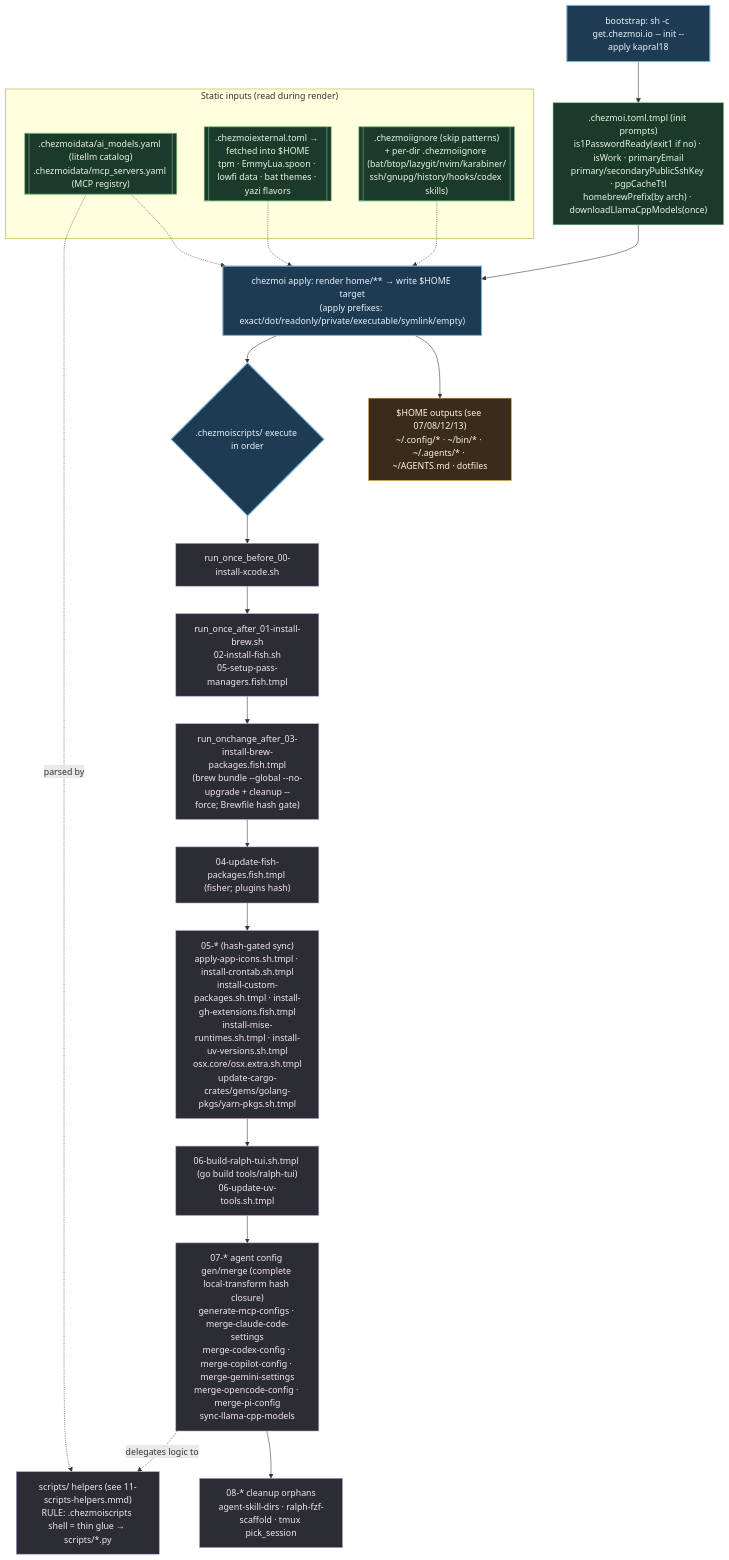
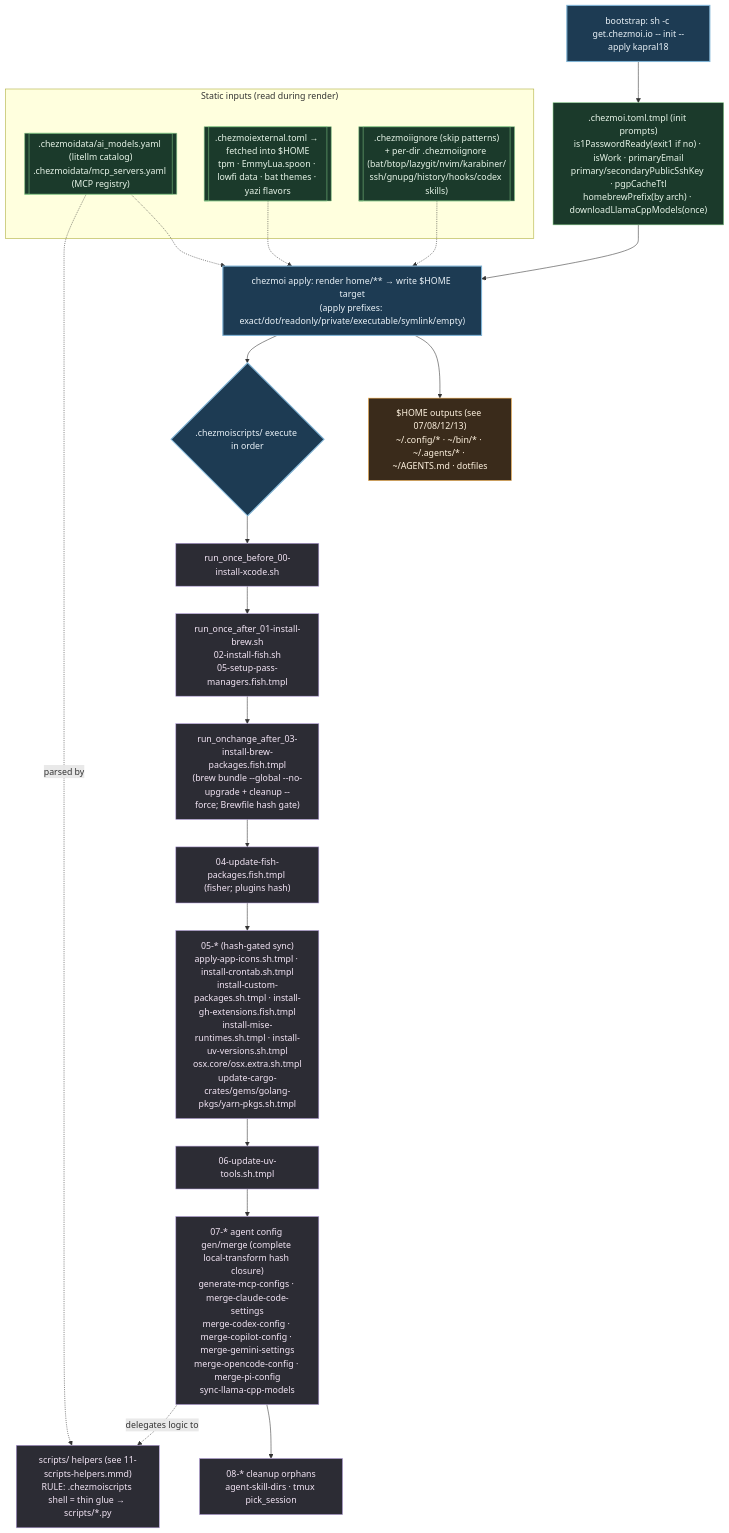
Before and after one commit to kapral18/dotfiles: the diagram in .mermaids/01-chezmoi-pipeline.mmd, drawn with Mermaid. The commit also changed 193 other files, not shown here.

```diff
--- a/.mermaids/01-chezmoi-pipeline.mmd
+++ b/.mermaids/01-chezmoi-pipeline.mmd
@@ -1,41 +1,41 @@
 %% ============================================================================
 %% 01-chezmoi-pipeline.mmd — `chezmoi apply` lifecycle. Names EVERY hook in
-%% home/.chezmoiscripts/ (31) and every config/data input. Hooks run in
+%% home/.chezmoiscripts/ (29) and every config/data input. Hooks run in
 %% filename order: run_once_before < run_once_after < run_onchange_after,
 %% then numeric 00..08 within each class. *.tmpl = templated; .fish.tmpl run
 %% under fish; .sh / .sh.tmpl run under bash.
 %% ============================================================================
 flowchart TD
     classDef phase fill:#1d3b53,stroke:#7fb3d5,color:#eaf2f8,stroke-width:2px;
     classDef data fill:#1b3a2b,stroke:#81c784,color:#e8f5e9;
     classDef script fill:#2c2c34,stroke:#b39ddb,color:#f3e5f5;
     classDef out fill:#3a2b1b,stroke:#ffb74d,color:#fff3e0;
 
     BOOT["bootstrap: sh -c get.chezmoi.io -- init --apply kapral18"]:::phase
     INIT[".chezmoi.toml.tmpl (init prompts)<br/>is1PasswordReady(exit1 if no) · isWork · primaryEmail<br/>primary/secondaryPublicSshKey · pgpCacheTtl<br/>homebrewPrefix(by arch) · downloadLlamaCppModels(once)"]:::data
 
     subgraph INPUTS["Static inputs (read during render)"]
         DATA[[".chezmoidata/ai_models.yaml (litellm catalog)<br/>.chezmoidata/mcp_servers.yaml (MCP registry)"]]:::data
         EXT[[".chezmoiexternal.toml → fetched into $HOME<br/>tpm · EmmyLua.spoon · lowfi data · bat themes · yazi flavors"]]:::data
         IGN[[".chezmoiignore (skip patterns)<br/>+ per-dir .chezmoiignore (bat/btop/lazygit/nvim/karabiner/<br/>ssh/gnupg/history/hooks/codex skills)"]]:::data
     end
 
     BOOT --> INIT --> APPLY
     DATA & EXT & IGN -.-> APPLY
 
     APPLY["chezmoi apply: render home/** → write $HOME target<br/>(apply prefixes: exact/dot/readonly/private/executable/symlink/empty)"]:::phase
     APPLY --> TARGETS["$HOME outputs (see 07/08/12/13)<br/>~/.config/* · ~/bin/* · ~/.agents/* · ~/AGENTS.md · dotfiles"]:::out
 
     APPLY --> HOOKS{".chezmoiscripts/ execute in order"}:::phase
 
     HOOKS --> B0["run_once_before_00-install-xcode.sh"]:::script
     B0 --> A01["run_once_after_01-install-brew.sh<br/>02-install-fish.sh<br/>05-setup-pass-managers.fish.tmpl"]:::script
     A01 --> C03["run_onchange_after_03-install-brew-packages.fish.tmpl<br/>(brew bundle --global --no-upgrade + cleanup --force; Brewfile hash gate)"]:::script
     C03 --> C04["04-update-fish-packages.fish.tmpl (fisher; plugins hash)"]:::script
     C04 --> C05["05-* (hash-gated sync)<br/>apply-app-icons.sh.tmpl · install-crontab.sh.tmpl<br/>install-custom-packages.sh.tmpl · install-gh-extensions.fish.tmpl<br/>install-mise-runtimes.sh.tmpl · install-uv-versions.sh.tmpl<br/>osx.core/osx.extra.sh.tmpl<br/>update-cargo-crates/gems/golang-pkgs/yarn-pkgs.sh.tmpl"]:::script
-    C05 --> C06["06-build-ralph-tui.sh.tmpl (go build tools/ralph-tui)<br/>06-update-uv-tools.sh.tmpl"]:::script
+    C05 --> C06["06-update-uv-tools.sh.tmpl"]:::script
     C06 --> C07["07-* agent config gen/merge (complete local-transform hash closure)<br/>generate-mcp-configs · merge-claude-code-settings<br/>merge-codex-config · merge-copilot-config · merge-gemini-settings<br/>merge-opencode-config · merge-pi-config<br/>sync-llama-cpp-models"]:::script
-    C07 --> C08["08-* cleanup orphans<br/>agent-skill-dirs · ralph-fzf-scaffold · tmux pick_session"]:::script
+    C07 --> C08["08-* cleanup orphans<br/>agent-skill-dirs · tmux pick_session"]:::script
 
     C07 -. delegates logic to .-> HELP["scripts/ helpers (see 11-scripts-helpers.mmd)<br/>RULE: .chezmoiscripts shell = thin glue → scripts/*.py"]:::script
     DATA -.parsed by.-> HELP
```
